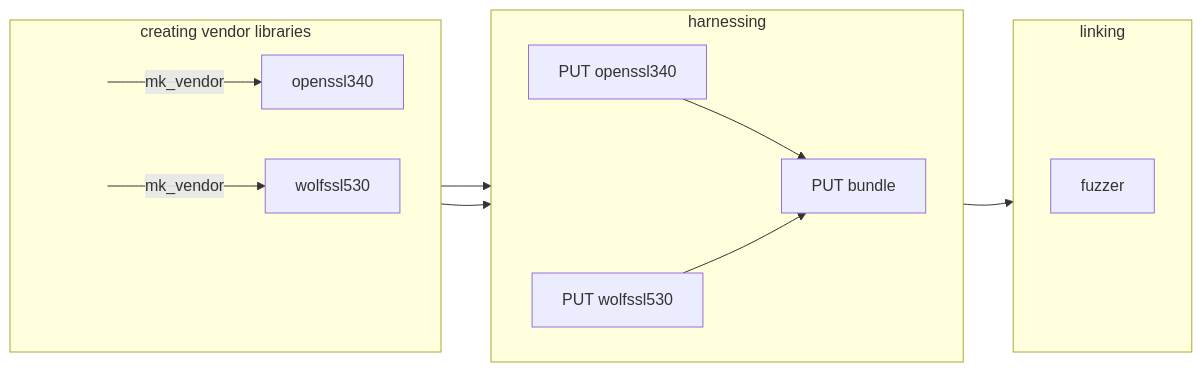
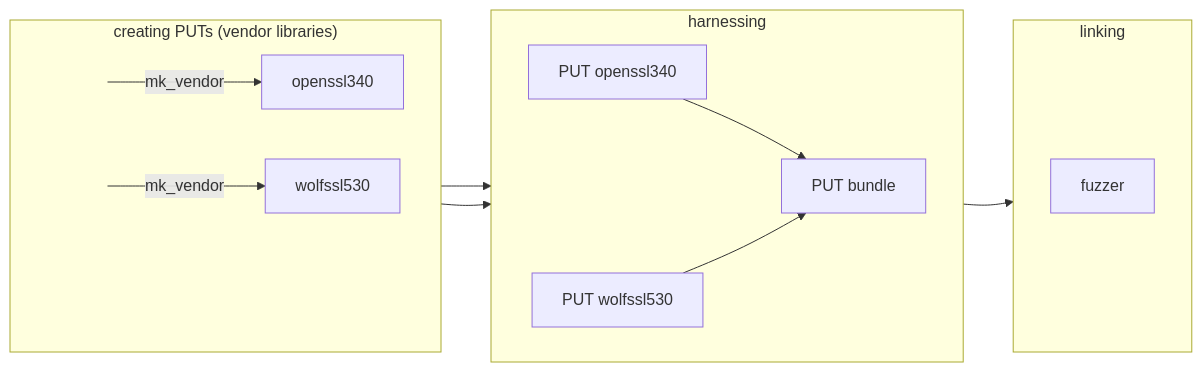
Before and after one commit to tlspuffin/tlspuffin: the diagram in docs/docs/developer/build.md, drawn with Mermaid. The commit also changed other lines of this file and 10 other files, not shown here.

````diff
--- a/docs/docs/developer/build.md
+++ b/docs/docs/developer/build.md
@@ -15,45 +15,45 @@
 ```mermaid
 flowchart LR;
-    subgraph libs ["creating vendor libraries"]
+    subgraph libs ["creating PUTs (vendor libraries)"]
         direction LR
         mkv1[ ]:::hidden-->|mk_vendor|L1
         mkv2[ ]:::hidden-->|mk_vendor|L2
         L1["openssl340"]
         i1:::hidden
         L2["wolfssl530"]
     end
     
     subgraph harnessing ["harnessing"]
         direction LR
         
         P1["PUT openssl340"]
         i2:::hidden
         P2["PUT wolfssl530"]
 
         ih1:::hidden
         bundle["PUT bundle"]
         ih2:::hidden
 
         P1~~~ih1
         P1-->bundle
         i2~~~bundle
         P2~~~ih2
         P2-->bundle
     end
     
     subgraph linking ["linking"]
         direction LR
         i3:::hidden
         fuzzer["fuzzer"]
         i4:::hidden
     end
     
     i1 ~~~ i2
     ih1 ~~~ i3
     ih2 ~~~ i4
     L1-->P1
     L2-->P2
     bundle-->fuzzer
     
     classDef hidden visibility: hidden;
 ```
````
